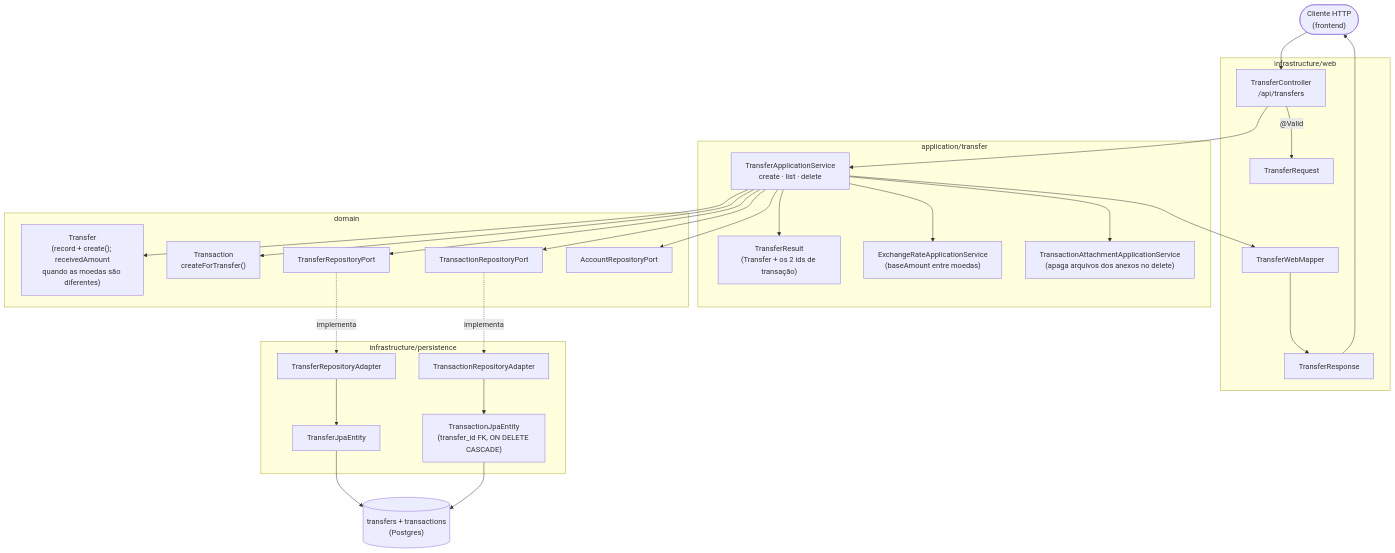
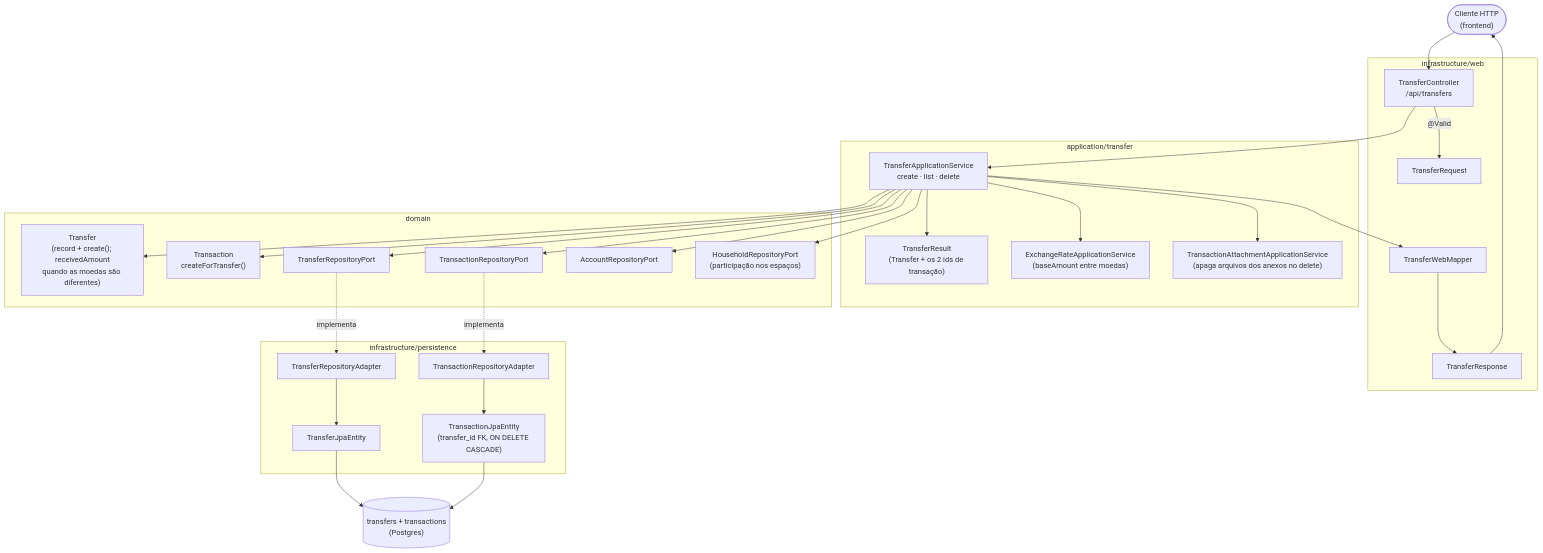
The first of 5 diagrams in docs/tecnica/fluxo-transferencias.md (leozztto/LmfFinPro), drawn with Mermaid before and after one commit. The commit also changed other lines of this file and 5 other files, not shown here.

````diff
--- a/docs/tecnica/fluxo-transferencias.md
+++ b/docs/tecnica/fluxo-transferencias.md
@@ -25,55 +26,57 @@
 ```mermaid
 flowchart TD
     Client(["Cliente HTTP\n(frontend)"]) --> Controller
 
     subgraph web["infrastructure/web"]
         Controller["TransferController\n/api/transfers"]
         ReqDTO["TransferRequest"]
         RespDTO["TransferResponse"]
         WebMapper["TransferWebMapper"]
     end
 
     subgraph application["application/transfer"]
         Service["TransferApplicationService\ncreate · list · delete"]
         Result["TransferResult\n(Transfer + os 2 ids de transação)"]
         ExRate["ExchangeRateApplicationService\n(baseAmount entre moedas)"]
         AttSvc["TransactionAttachmentApplicationService\n(apaga arquivos dos anexos no delete)"]
     end
 
     subgraph domain["domain"]
         Model["Transfer\n(record + create(); receivedAmount\nquando as moedas são diferentes)"]
         Tx["Transaction\ncreateForTransfer()"]
         PortT["TransferRepositoryPort"]
         PortTx["TransactionRepositoryPort"]
         PortAcc["AccountRepositoryPort"]
+        PortH["HouseholdRepositoryPort\n(participação nos espaços)"]
     end
 
     subgraph infra["infrastructure/persistence"]
         AdapterT["TransferRepositoryAdapter"]
         AdapterTx["TransactionRepositoryAdapter"]
         EntityT["TransferJpaEntity"]
         EntityTx["TransactionJpaEntity\n(transfer_id FK, ON DELETE CASCADE)"]
     end
 
     DB[("transfers + transactions\n(Postgres)")]
 
     Controller -- "@Valid" --> ReqDTO
     Controller --> Service
     Service --> Model
     Service --> Tx
     Service --> PortT
     Service --> PortTx
     Service --> PortAcc
+    Service --> PortH
     Service --> ExRate
     Service --> AttSvc
     Service --> Result
     PortT -.->|implementa| AdapterT
     PortTx -.->|implementa| AdapterTx
     AdapterT --> EntityT
     AdapterTx --> EntityTx
     EntityT --> DB
     EntityTx --> DB
     Service --> WebMapper
     WebMapper --> RespDTO
     RespDTO --> Client
 ```
````
